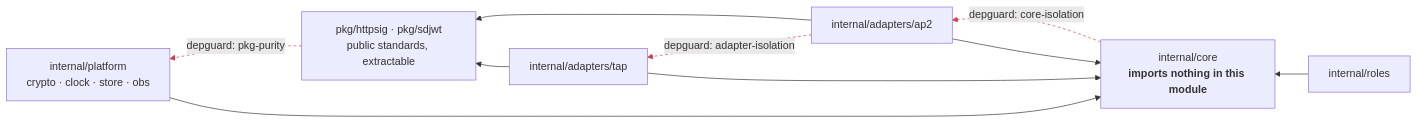
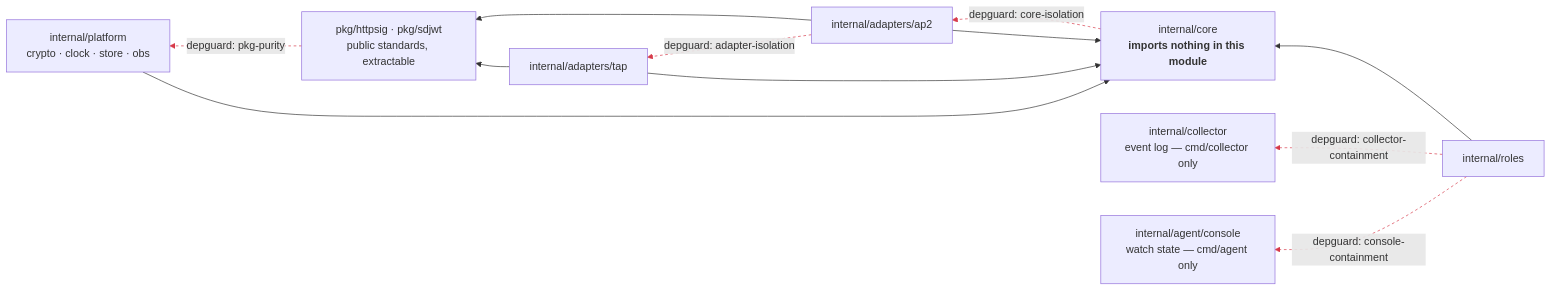
One commit to SkylinePlatform/agentic-payments changed the second of 3 diagrams in docs/architecture/README.md. Above: the diagram before and after it, drawn with Mermaid. The commit also changed other lines of this file and 6 other files, not shown here.

````diff
--- a/docs/architecture/README.md
+++ b/docs/architecture/README.md
@@ -41,22 +41,26 @@
 ```mermaid
 flowchart RL
     core["internal/core<br/><b>imports nothing in this module</b>"]
     ap2["internal/adapters/ap2"]
     tap["internal/adapters/tap"]
     platform["internal/platform<br/>crypto · clock · store · obs"]
     roles["internal/roles"]
     pkg["pkg/httpsig · pkg/sdjwt<br/>public standards, extractable"]
+    collector["internal/collector<br/>event log — cmd/collector only"]
+    console["internal/agent/console<br/>watch state — cmd/agent only"]
 
     ap2 --> core
     tap --> core
     platform --> core
     roles --> core
     ap2 --> pkg
     tap --> pkg
 
     core -.->|depguard: core-isolation| ap2
     ap2 -.->|depguard: adapter-isolation| tap
     pkg -.->|depguard: pkg-purity| platform
+    roles -.->|depguard: collector-containment| collector
+    roles -.->|depguard: console-containment| console
 
-    linkStyle 6,7,8 stroke:#d73a4a,stroke-dasharray:4
+    linkStyle 6,7,8,9,10 stroke:#d73a4a,stroke-dasharray:4
 ```
````
